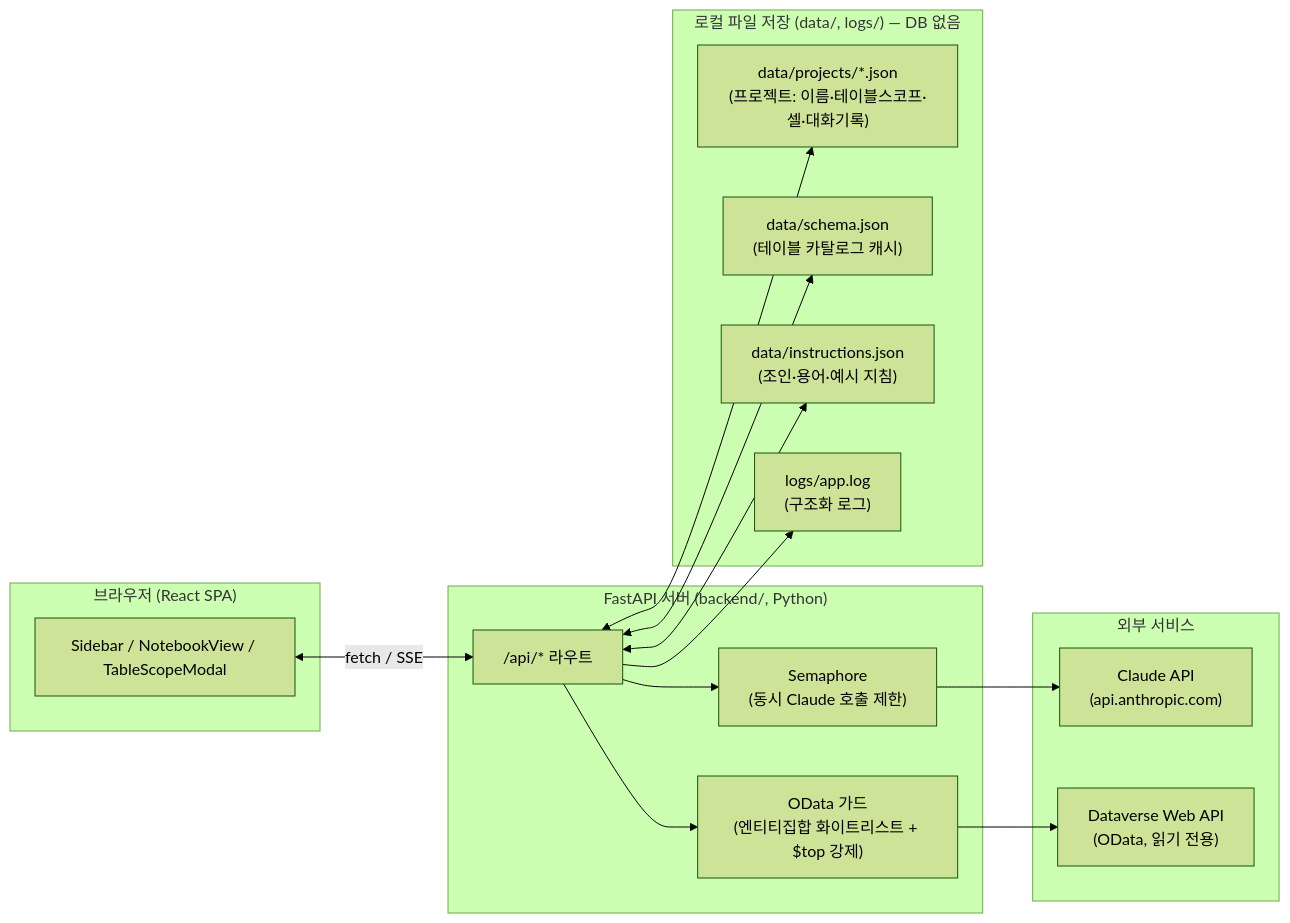
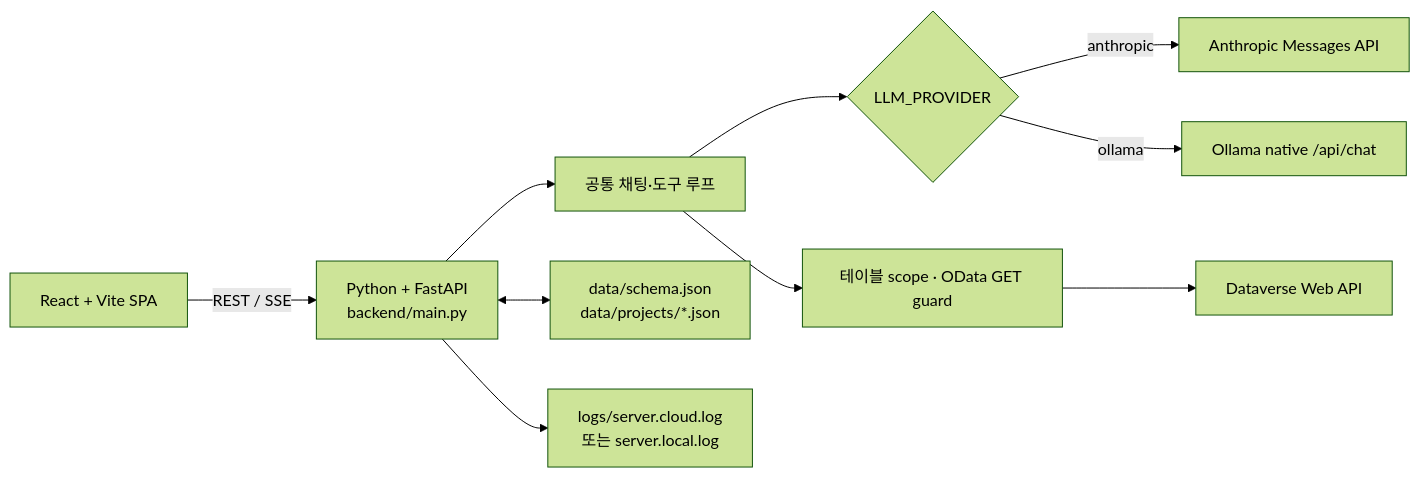
The diagram in README.md (hansu0317/cloud-mcp-azure), drawn with Mermaid (forest theme) before and after one commit. The commit also changed other lines of this file and 54 other files, not shown here.

First line of the commit message:
feat: Python/FastAPI 백엔드 전환 완료 + provider 분리 + 저장소 단일화

````diff
--- a/README.md
+++ b/README.md
@@ -13,32 +12,12 @@
 ```mermaid
 flowchart LR
-    subgraph Browser["브라우저 (React SPA)"]
-        UI["Sidebar / NotebookView / TableScopeModal"]
-    end
-
-    subgraph Server["FastAPI 서버 (backend/, Python)"]
-        API["/api/* 라우트"]
-        Guard["OData 가드\n(엔티티집합 화이트리스트 + $top 강제)"]
-        Sem["Semaphore\n(동시 Claude 호출 제한)"]
-    end
-
-    subgraph External["외부 서비스"]
-        Claude["Claude API\n(api.anthropic.com)"]
-        DV["Dataverse Web API\n(OData, 읽기 전용)"]
-    end
-
-    subgraph Disk["로컬 파일 저장 (data/, logs/) — DB 없음"]
-        Proj["data/projects/*.json\n(프로젝트: 이름·테이블스코프·셀·대화기록)"]
-        Schema["data/schema.json\n(테이블 카탈로그 캐시)"]
-        Inst["data/instructions.json\n(조인·용어·예시 지침)"]
-        Log["logs/app.log\n(구조화 로그)"]
-    end
-
-    UI <-- "fetch / SSE" --> API
-    API --> Sem --> Claude
-    API --> Guard --> DV
-    API <--> Proj
-    API <--> Schema
-    API <--> Inst
-    API --> Log
+    UI["React + Vite SPA"] -->|"REST / SSE"| API["Python + FastAPI<br/>backend/main.py"]
+    API --> CHAT["공통 채팅·도구 루프"]
+    CHAT --> ADAPTER{"LLM_PROVIDER"}
+    ADAPTER -->|"anthropic"| AN["Anthropic Messages API"]
+    ADAPTER -->|"ollama"| OL["Ollama native /api/chat"]
+    CHAT --> GUARD["테이블 scope · OData GET guard"]
+    GUARD --> DV["Dataverse Web API"]
+    API <--> DATA["data/schema.json<br/>data/projects/*.json"]
+    API --> LOG["logs/server.cloud.log<br/>또는 server.local.log"]
 ```
````
